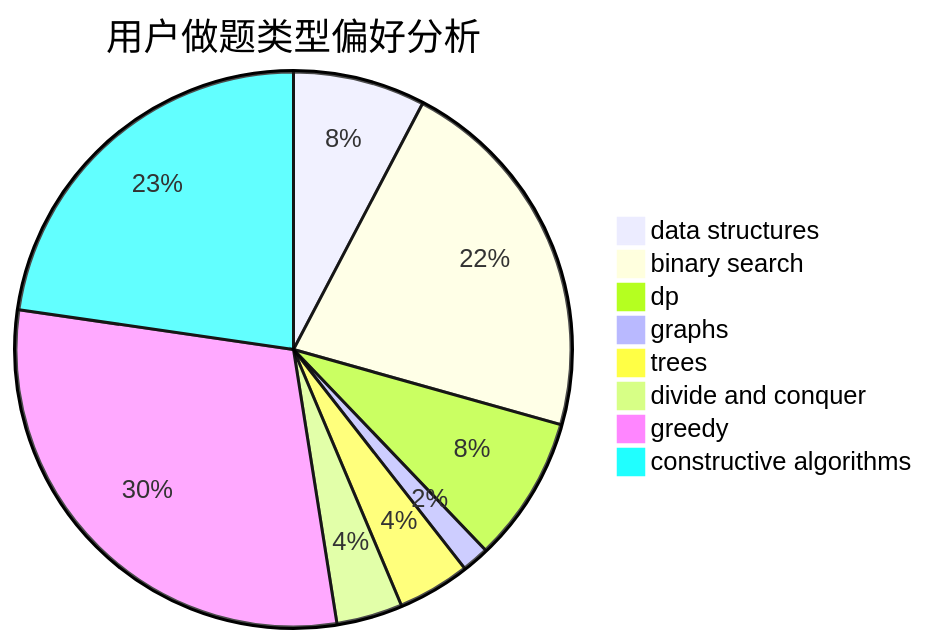
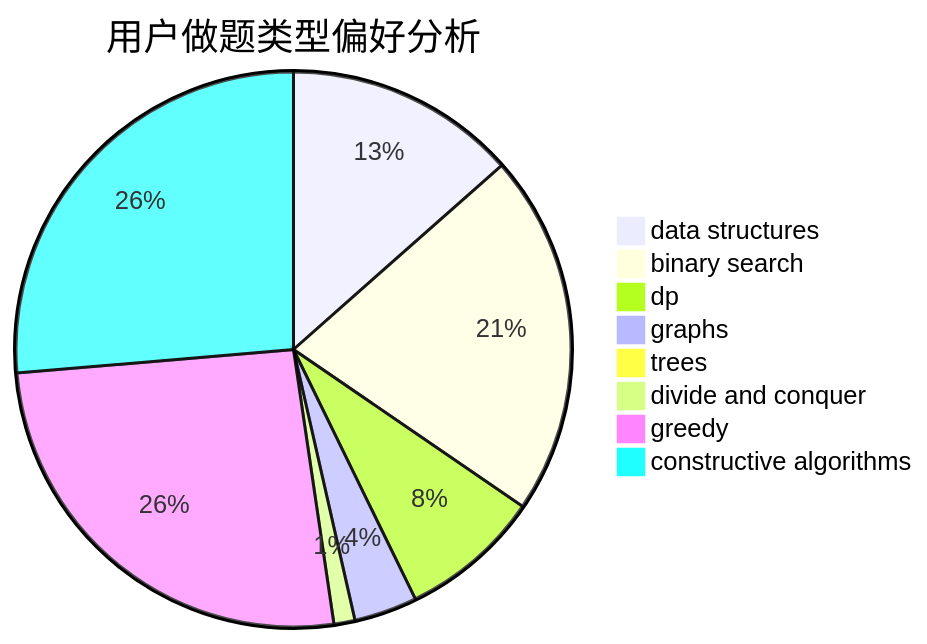
One commit to sherpahu/cfrs.github.io changed the second of 3 diagrams in docs/user/u56.md. Above: the diagram before and after it, drawn with Mermaid. The commit also changed other lines of this file and 2770 other files, not shown here.

````diff
--- a/docs/user/u56.md
+++ b/docs/user/u56.md
@@ -23,11 +23,11 @@
 ```mermaid
 pie title 用户做题类型偏好分析
-    "data structures" :  126
-    "binary search" :  355
-    "dp" :  139
-    "graphs" :  26
-    "trees" :  69
-    "divide and conquer" :  63
-    "greedy" :  488
-    "constructive algorithms" :  372
+    "data structures" :  110
+    "binary search" :  172
+    "dp" :  67
+    "graphs" :  30
+    "trees" :  4
+    "divide and conquer" :  10
+    "greedy" :  212
+    "constructive algorithms" :  215
 ```
````
